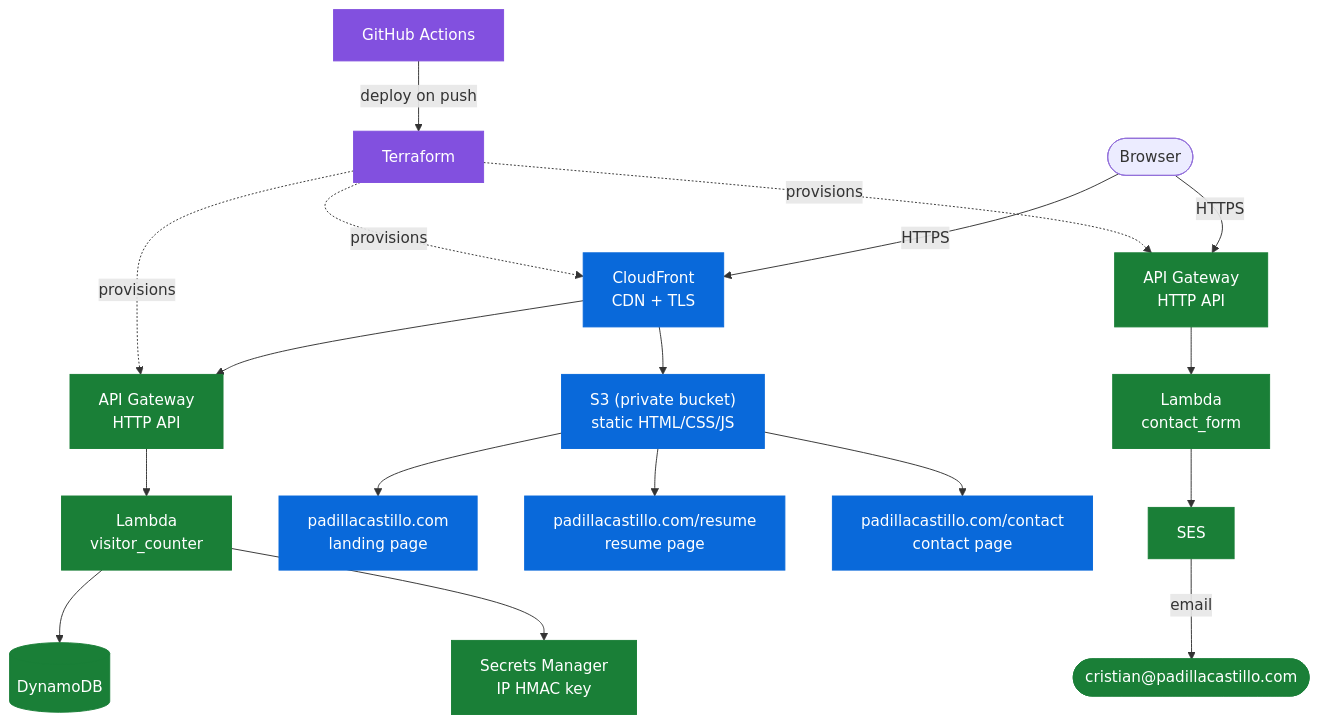
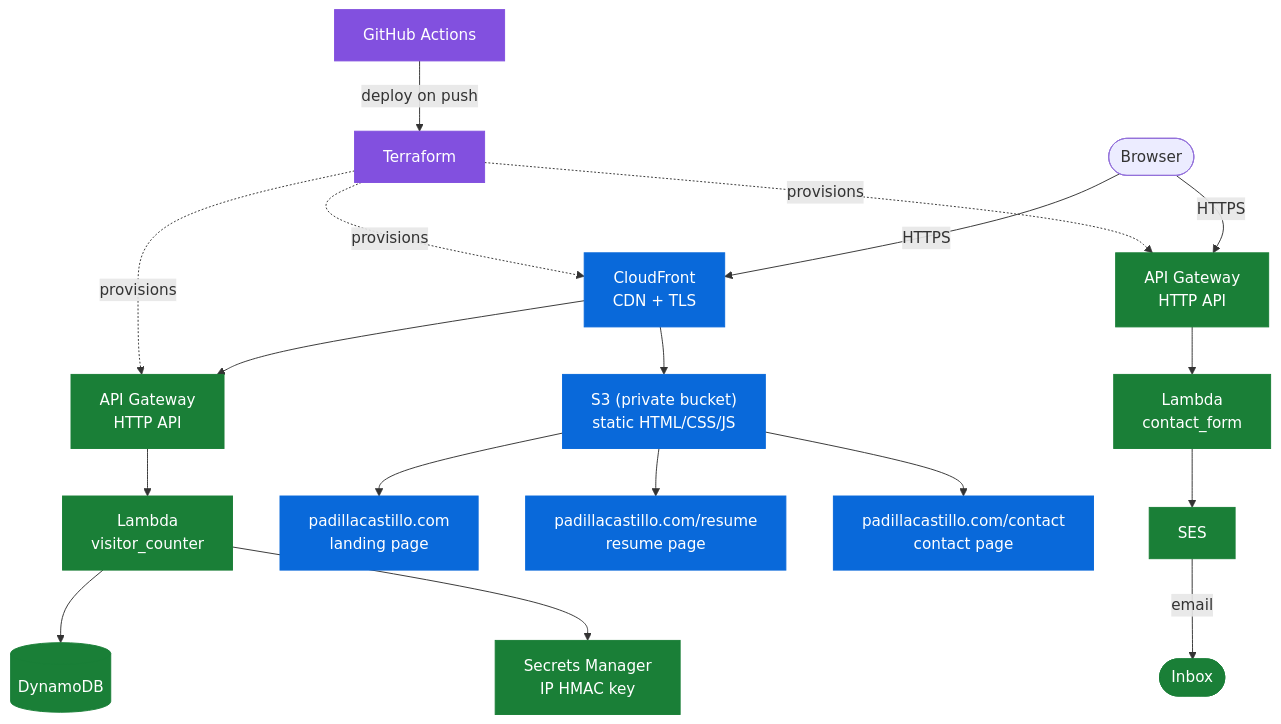
Before and after one commit to padillacastillo/padillacastillo: the diagram in README.md, drawn with Mermaid. The commit also changed other lines of this file and 1 other file, not shown here.

````diff
--- a/README.md
+++ b/README.md
@@ -7,30 +7,30 @@
 ```mermaid
 flowchart TD
     Browser(["Browser"]) -->|HTTPS| CF["CloudFront<br/>CDN + TLS"]
     CF --> S3["S3 (private bucket)<br/>static HTML/CSS/JS"]
     CF --> APIGW["API Gateway<br/>HTTP API"]
     APIGW --> LAM["Lambda<br/>visitor_counter"]
     LAM --> DDB[("DynamoDB")]
     LAM --> SECMGR["Secrets Manager<br/>IP HMAC key"]
     S3 --> LP["padillacastillo.com<br/>landing page"]
     S3 --> RP["padillacastillo.com/resume<br/>resume page"]
     S3 --> CP["padillacastillo.com/contact<br/>contact page"]
 
     Browser -->|HTTPS| CFAPIGW["API Gateway<br/>HTTP API"]
     CFAPIGW --> CFLAM["Lambda<br/>contact_form"]
     CFLAM --> SES["SES"]
-    SES -->|email| Inbox(["cristian@padillacastillo.com"])
+    SES -->|email| Inbox(["Inbox"])
 
     GHA["GitHub Actions"] -->|deploy on push| TF["Terraform"]
     TF -.->|provisions| CF
     TF -.->|provisions| APIGW
     TF -.->|provisions| CFAPIGW
 
     classDef delivery fill:#0969da,stroke:#0969da,color:#fff
     classDef backend fill:#1a7f37,stroke:#1a7f37,color:#fff
     classDef pipeline fill:#8250df,stroke:#8250df,color:#fff
 
     class CF,S3,LP,RP,CP delivery
     class APIGW,LAM,DDB,SECMGR,CFAPIGW,CFLAM,SES,Inbox backend
     class GHA,TF pipeline
 ```
````
